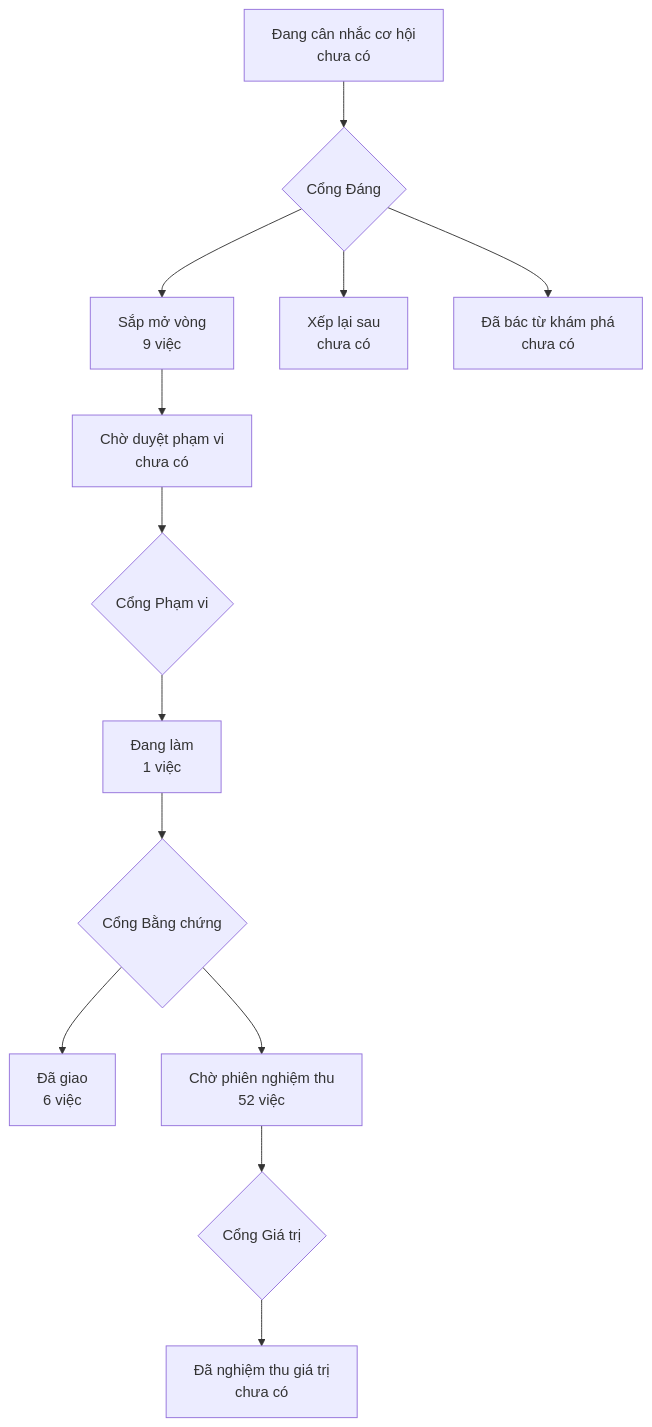
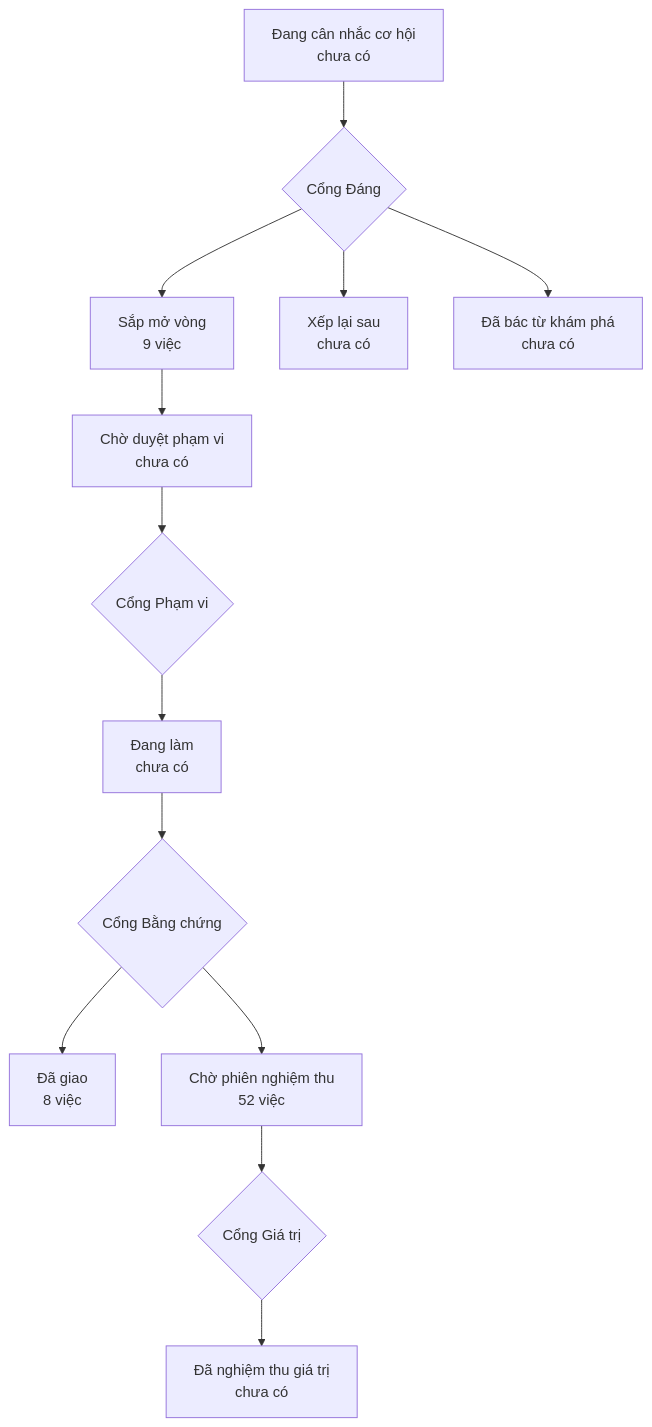
Before and after one commit to phanlemanh/onehub-inventory: the diagram in PRODUCT-MAP.md, drawn with Mermaid. The commit also changed other lines of this file and 4 other files, not shown here.

````diff
--- a/PRODUCT-MAP.md
+++ b/PRODUCT-MAP.md
@@ -7,12 +7,12 @@
 ```mermaid
 flowchart TD
   A["Đang cân nhắc cơ hội<br/>chưa có"] --> GD{"Cổng Đáng"}
   GD --> B["Sắp mở vòng<br/>9 việc"]
   GD --> XL["Xếp lại sau<br/>chưa có"]
   GD --> DB["Đã bác từ khám phá<br/>chưa có"]
   B --> CD["Chờ duyệt phạm vi<br/>chưa có"] --> GP{"Cổng Phạm vi"}
-  GP --> DL["Đang làm<br/>1 việc"] --> GB{"Cổng Bằng chứng"}
-  GB --> DG["Đã giao<br/>6 việc"]
+  GP --> DL["Đang làm<br/>chưa có"] --> GB{"Cổng Bằng chứng"}
+  GB --> DG["Đã giao<br/>8 việc"]
   GB --> CN["Chờ phiên nghiệm thu<br/>52 việc"] --> GG{"Cổng Giá trị"}
   GG --> NT["Đã nghiệm thu giá trị<br/>chưa có"]
 ```
````
